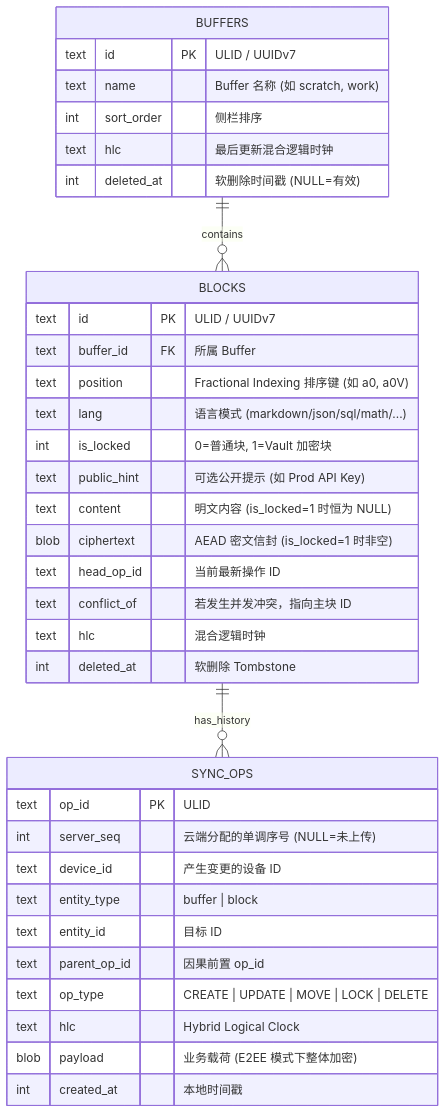
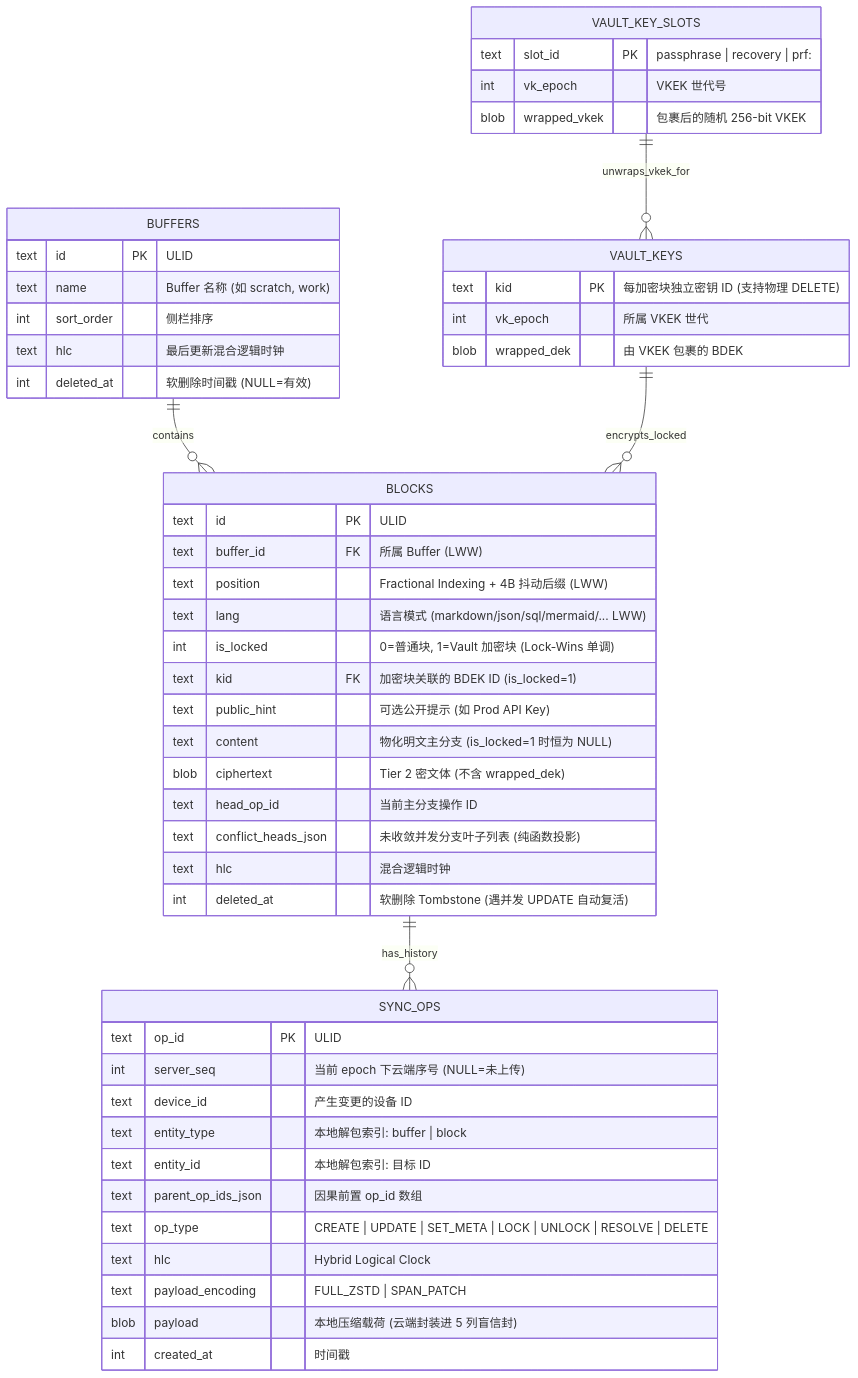
The second of 6 diagrams in docs/architecture-proposal.md (gray0128/my-note), drawn with Mermaid before and after one commit. The commit also changed other lines of this file and 4 other files, not shown here.

````diff
--- a/docs/architecture-proposal.md
+++ b/docs/architecture-proposal.md
@@ -273,38 +282,52 @@
 ```mermaid
 erDiagram
     BUFFERS ||--o{ BLOCKS : contains
     BLOCKS ||--o{ SYNC_OPS : has_history
+    VAULT_KEY_SLOTS ||--o{ VAULT_KEYS : unwraps_vkek_for
+    VAULT_KEYS ||--o{ BLOCKS : encrypts_locked
     BUFFERS {
-        text id PK "ULID / UUIDv7"
+        text id PK "ULID"
         text name "Buffer 名称 (如 scratch, work)"
         int sort_order "侧栏排序"
         text hlc "最后更新混合逻辑时钟"
         int deleted_at "软删除时间戳 (NULL=有效)"
     }
     BLOCKS {
-        text id PK "ULID / UUIDv7"
-        text buffer_id FK "所属 Buffer"
-        text position "Fractional Indexing 排序键 (如 a0, a0V)"
-        text lang "语言模式 (markdown/json/sql/math/...)"
-        int is_locked "0=普通块, 1=Vault 加密块"
+        text id PK "ULID"
+        text buffer_id FK "所属 Buffer (LWW)"
+        text position "Fractional Indexing + 4B 抖动后缀 (LWW)"
+        text lang "语言模式 (markdown/json/sql/mermaid/... LWW)"
+        int is_locked "0=普通块, 1=Vault 加密块 (Lock-Wins 单调)"
+        text kid FK "加密块关联的 BDEK ID (is_locked=1)"
         text public_hint "可选公开提示 (如 Prod API Key)"
-        text content "明文内容 (is_locked=1 时恒为 NULL)"
-        blob ciphertext "AEAD 密文信封 (is_locked=1 时非空)"
-        text head_op_id "当前最新操作 ID"
-        text conflict_of "若发生并发冲突，指向主块 ID"
+        text content "物化明文主分支 (is_locked=1 时恒为 NULL)"
+        blob ciphertext "Tier 2 密文体 (不含 wrapped_dek)"
+        text head_op_id "当前主分支操作 ID"
+        text conflict_heads_json "未收敛并发分支叶子列表 (纯函数投影)"
         text hlc "混合逻辑时钟"
-        int deleted_at "软删除 Tombstone"
+        int deleted_at "软删除 Tombstone (遇并发 UPDATE 自动复活)"
+    }
+    VAULT_KEY_SLOTS {
+        text slot_id PK "passphrase | recovery | prf:<rp>:<cred>"
+        int vk_epoch "VKEK 世代号"
+        blob wrapped_vkek "包裹后的随机 256-bit VKEK"
+    }
+    VAULT_KEYS {
+        text kid PK "每加密块独立密钥 ID (支持物理 DELETE)"
+        int vk_epoch "所属 VKEK 世代"
+        blob wrapped_dek "由 VKEK 包裹的 BDEK"
     }
     SYNC_OPS {
         text op_id PK "ULID"
-        int server_seq "云端分配的单调序号 (NULL=未上传)"
+        int server_seq "当前 epoch 下云端序号 (NULL=未上传)"
         text device_id "产生变更的设备 ID"
-        text entity_type "buffer | block"
-        text entity_id "目标 ID"
-        text parent_op_id "因果前置 op_id"
-        text op_type "CREATE | UPDATE | MOVE | LOCK | DELETE"
+        text entity_type "本地解包索引: buffer | block"
+        text entity_id "本地解包索引: 目标 ID"
+        text parent_op_ids_json "因果前置 op_id 数组"
+        text op_type "CREATE | UPDATE | SET_META | LOCK | UNLOCK | RESOLVE | DELETE"
         text hlc "Hybrid Logical Clock"
-        blob payload "业务载荷 (E2EE 模式下整体加密)"
-        int created_at "本地时间戳"
+        text payload_encoding "FULL_ZSTD | SPAN_PATCH"
+        blob payload "本地压缩载荷 (云端封装进 5 列盲信封)"
+        int created_at "时间戳"
     }
 ```
````
